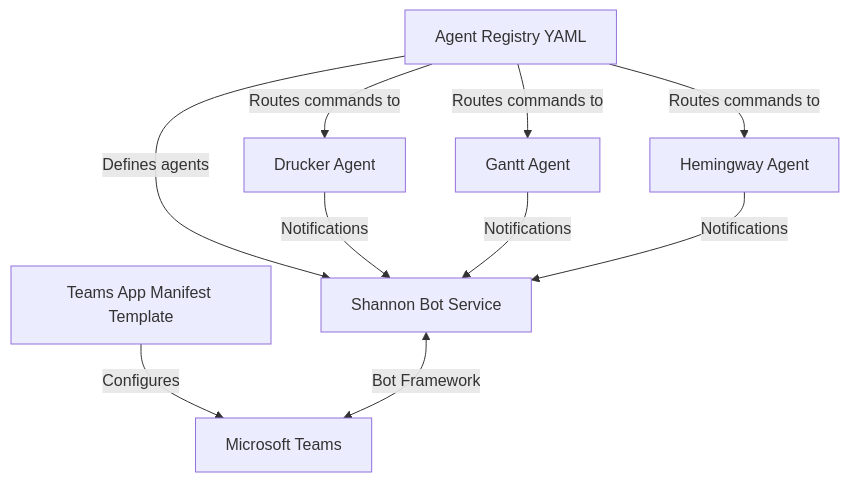
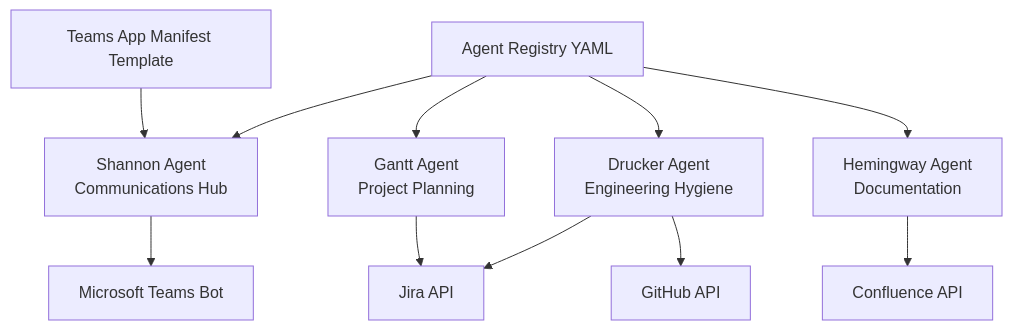
One commit to jmac-cornelis/agent-workforce changed the first of 4 diagrams in agents/shannon/docs/config.md. Above: the diagram before and after it, drawn with Mermaid. The commit also changed other lines of this file and 7 other files, not shown here.

````diff
--- a/agents/shannon/docs/config.md
+++ b/agents/shannon/docs/config.md
@@ -25,20 +28,24 @@
 ```mermaid
 graph TB
     Registry[Agent Registry YAML]
     Manifest[Teams App Manifest Template]
-    Shannon[Shannon Bot Service]
-    Drucker[Drucker Agent]
-    Gantt[Gantt Agent]
-    Hemingway[Hemingway Agent]
-    Teams[Microsoft Teams]
     
-    Registry -->|Defines agents| Shannon
-    Registry -->|Routes commands to| Drucker
-    Registry -->|Routes commands to| Gantt
-    Registry -->|Routes commands to| Hemingway
-    Manifest -->|Configures| Teams
-    Shannon <-->|Bot Framework| Teams
-    Drucker -->|Notifications| Shannon
-    Gantt -->|Notifications| Shannon
-    Hemingway -->|Notifications| Shannon
+    Shannon[Shannon Agent<br/>Communications Hub]
+    Drucker[Drucker Agent<br/>Engineering Hygiene]
+    Gantt[Gantt Agent<br/>Project Planning]
+    Hemingway[Hemingway Agent<br/>Documentation]
+    
+    Registry --> Shannon
+    Registry --> Drucker
+    Registry --> Gantt
+    Registry --> Hemingway
+    
+    Manifest --> Shannon
+    
+    Shannon --> TeamsBot[Microsoft Teams Bot]
+    
+    Drucker --> JiraAPI[Jira API]
+    Drucker --> GitHubAPI[GitHub API]
+    Gantt --> JiraAPI
+    Hemingway --> ConfluenceAPI[Confluence API]
 ```
````
